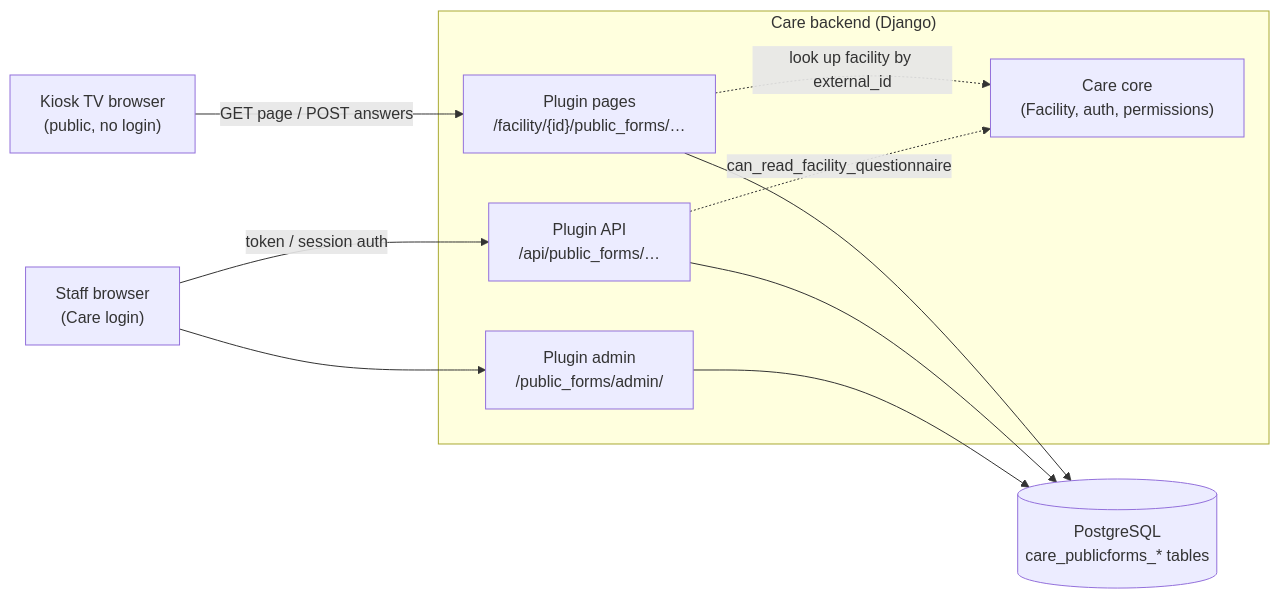
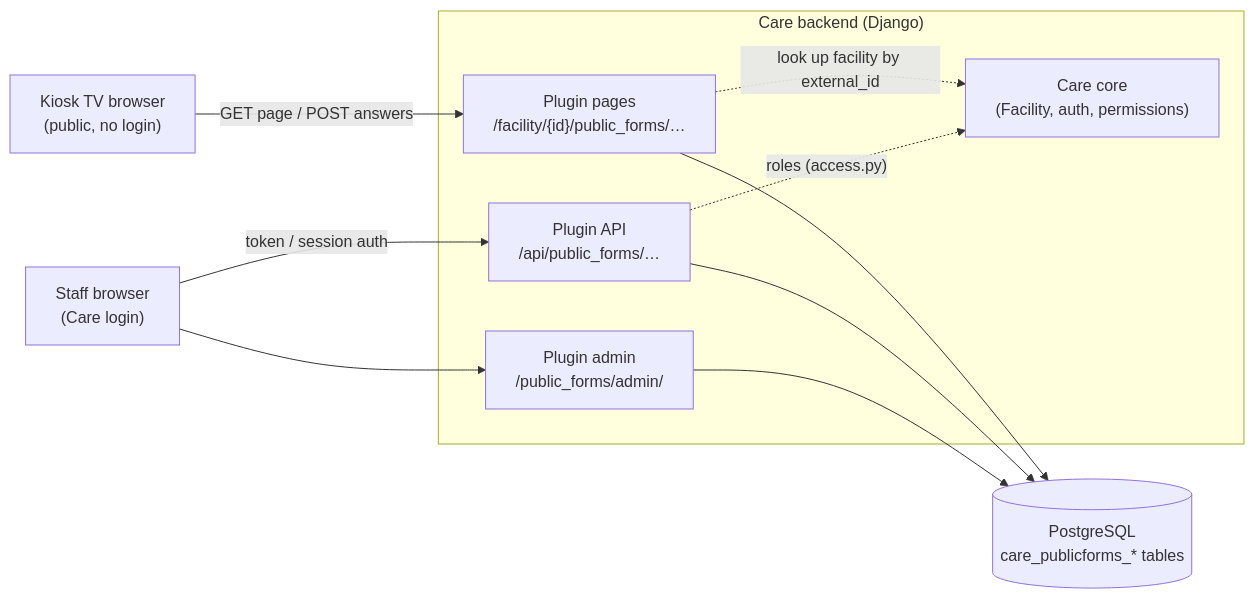
One commit to egovhealthcare/care_publicforms changed the first of 5 diagrams in docs/architecture.md. Above: the diagram before and after it, drawn with Mermaid. The commit also changed other lines of this file and 6 other files, not shown here.

Commit message:
refactor: Update access permissions and documentation for facility feedback in admin and API

````diff
--- a/docs/architecture.md
+++ b/docs/architecture.md
@@ -49,21 +49,21 @@
 ```mermaid
 flowchart LR
     kiosk["Kiosk TV browser<br/>(public, no login)"]
     staff["Staff browser<br/>(Care login)"]
     subgraph backend["Care backend (Django)"]
         pages["Plugin pages<br/>/facility/{id}/public_forms/…"]
         api["Plugin API<br/>/api/public_forms/…"]
         admin["Plugin admin<br/>/public_forms/admin/"]
         care["Care core<br/>(Facility, auth, permissions)"]
     end
     db[("PostgreSQL<br/>care_publicforms_* tables")]
 
     kiosk -- "GET page / POST answers" --> pages
     staff -- "token / session auth" --> api
     staff --> admin
     pages --> db
     api --> db
     admin --> db
     pages -. "look up facility by external_id" .-> care
-    api -. "can_read_facility_questionnaire" .-> care
+    api -. "roles (access.py)" .-> care
 ```
````
